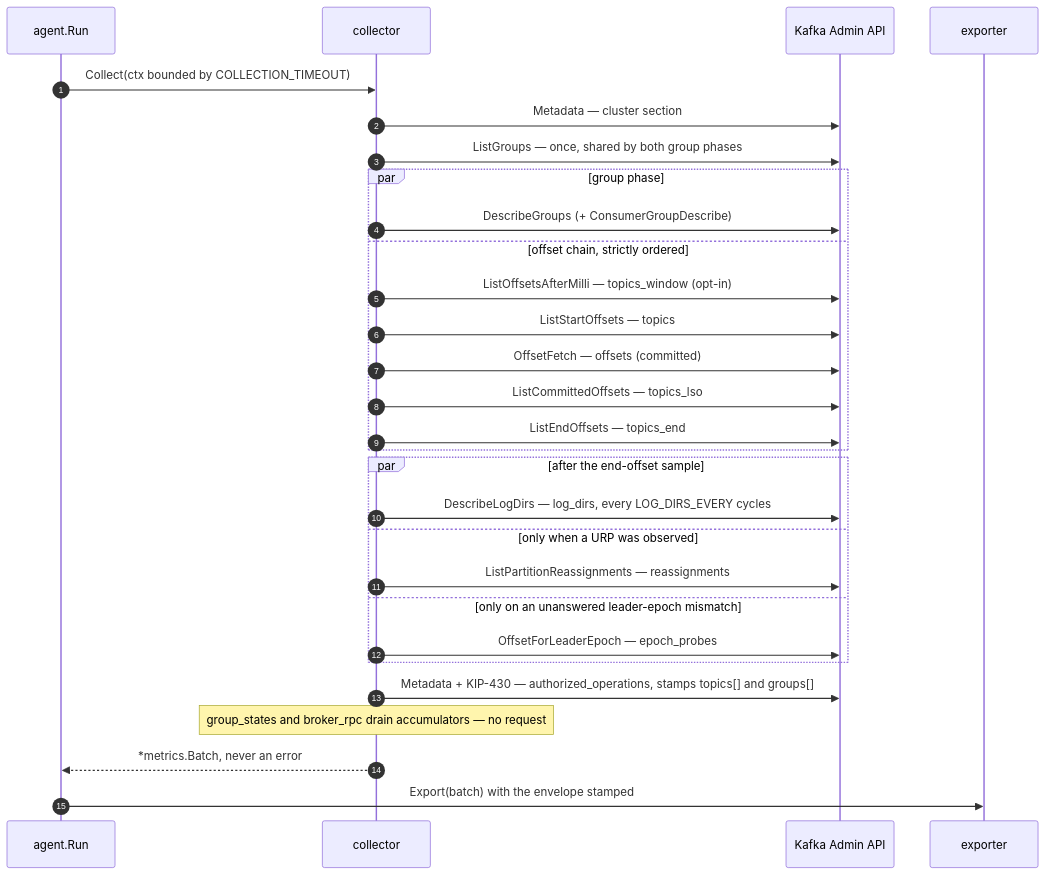
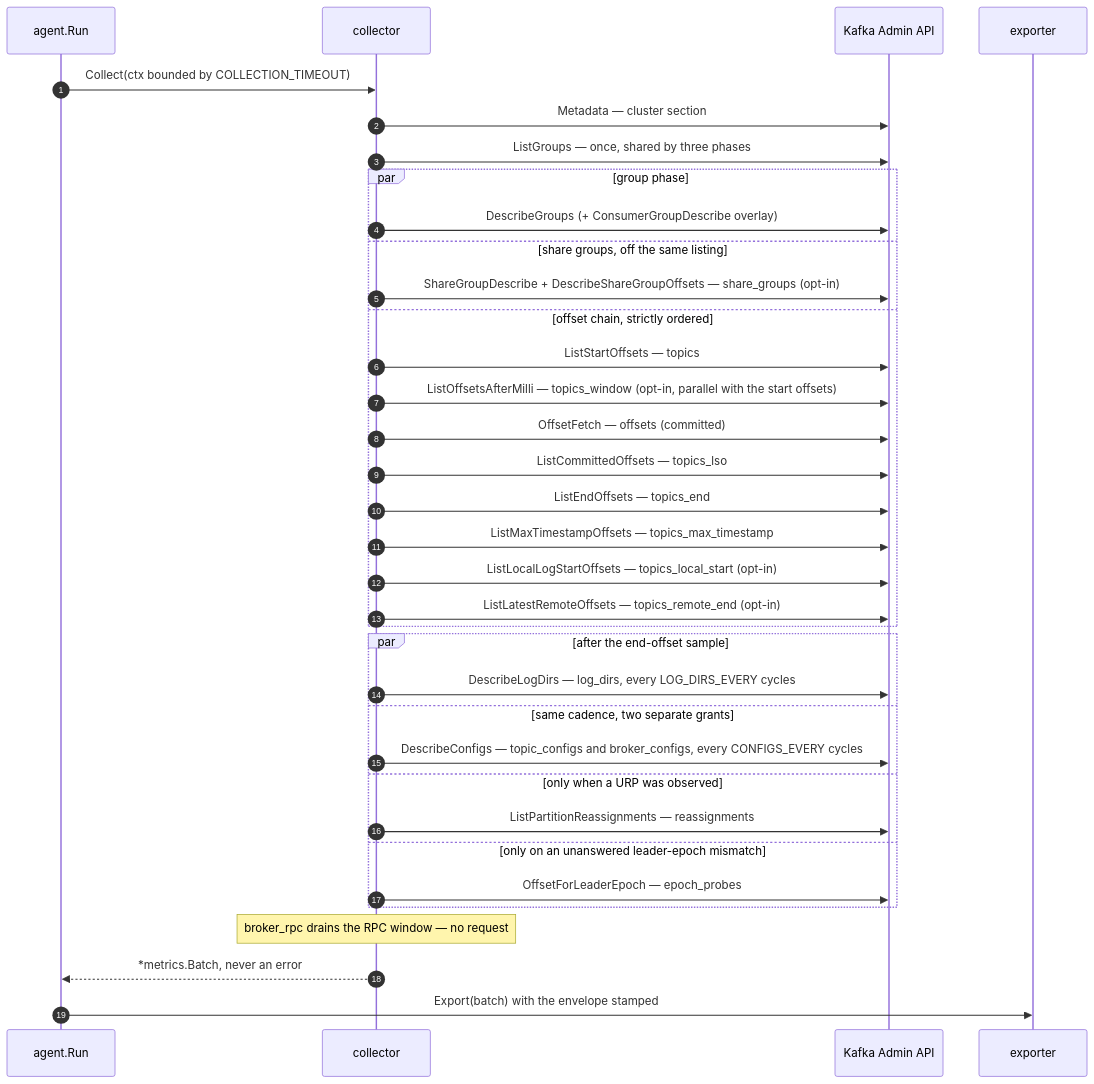
One commit to streamsight-labs/streamsight-agent changed the diagram in docs/ARCHITECTURE.md. Above: the diagram before and after it, drawn with Mermaid. The commit also changed other lines of this file and 24 other files, not shown here.

First line of the commit message:
fix(deploy): stop pinning stale cadences in chart/manifests, default … (#8)

````diff
--- a/docs/ARCHITECTURE.md
+++ b/docs/ARCHITECTURE.md
@@ -23,32 +23,38 @@
 ```mermaid
 sequenceDiagram
     autonumber
     participant A as agent.Run
     participant C as collector
     participant K as Kafka Admin API
     participant E as exporter
 
     A->>C: Collect(ctx bounded by COLLECTION_TIMEOUT)
     C->>K: Metadata — cluster section
-    C->>K: ListGroups — once, shared by both group phases
+    C->>K: ListGroups — once, shared by three phases
     par group phase
-        C->>K: DescribeGroups (+ ConsumerGroupDescribe)
+        C->>K: DescribeGroups (+ ConsumerGroupDescribe overlay)
+    and share groups, off the same listing
+        C->>K: ShareGroupDescribe + DescribeShareGroupOffsets — share_groups (opt-in)
     and offset chain, strictly ordered
-        C->>K: ListOffsetsAfterMilli — topics_window (opt-in)
         C->>K: ListStartOffsets — topics
+        C->>K: ListOffsetsAfterMilli — topics_window (opt-in, parallel with the start offsets)
         C->>K: OffsetFetch — offsets (committed)
         C->>K: ListCommittedOffsets — topics_lso
         C->>K: ListEndOffsets — topics_end
+        C->>K: ListMaxTimestampOffsets — topics_max_timestamp
+        C->>K: ListLocalLogStartOffsets — topics_local_start (opt-in)
+        C->>K: ListLatestRemoteOffsets — topics_remote_end (opt-in)
     end
     par after the end-offset sample
         C->>K: DescribeLogDirs — log_dirs, every LOG_DIRS_EVERY cycles
+    and same cadence, two separate grants
+        C->>K: DescribeConfigs — topic_configs and broker_configs, every CONFIGS_EVERY cycles
     and only when a URP was observed
         C->>K: ListPartitionReassignments — reassignments
     and only on an unanswered leader-epoch mismatch
         C->>K: OffsetForLeaderEpoch — epoch_probes
     end
-    C->>K: Metadata + KIP-430 — authorized_operations, stamps topics[] and groups[]
-    Note over C: group_states and broker_rpc drain accumulators — no request
+    Note over C: broker_rpc drains the RPC window — no request
     C-->>A: *metrics.Batch, never an error
     A->>E: Export(batch) with the envelope stamped
 ```
````
